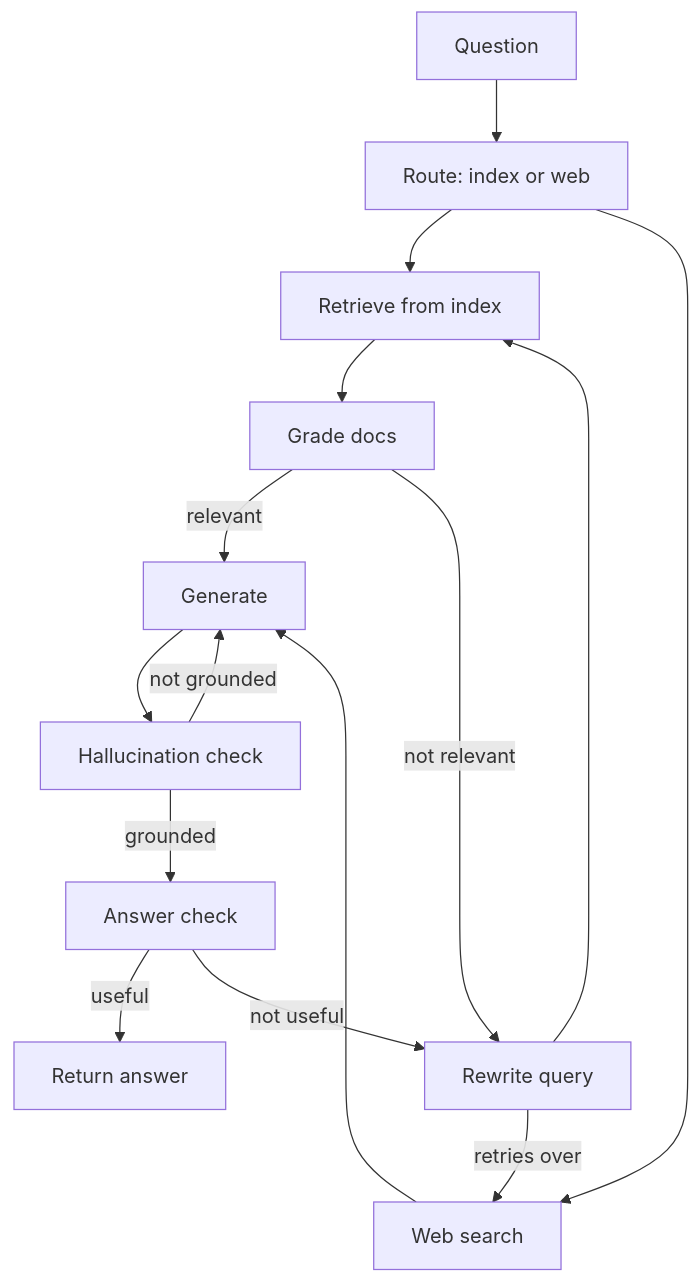
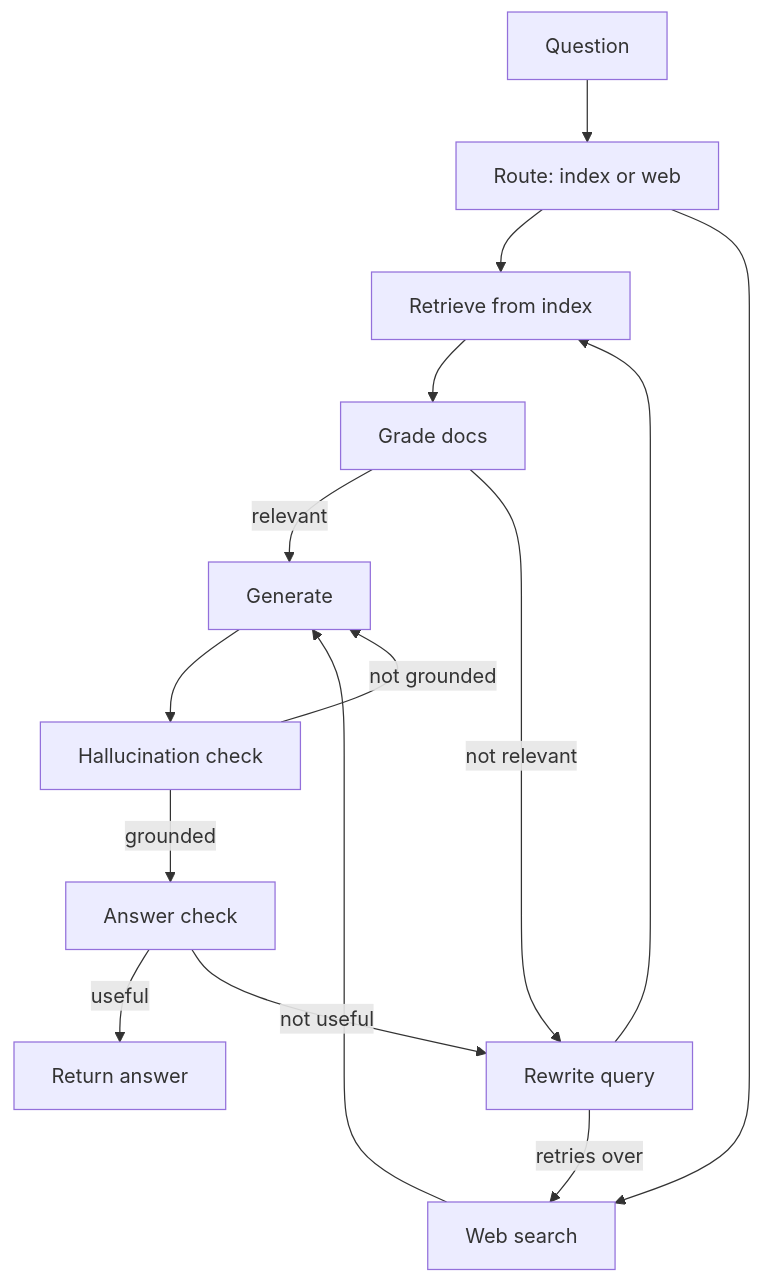
Before and after one commit to flow6979/viewinter: the fifth of 11 diagrams in content-en/11-agentic/06-agentic-data-rag.md, drawn with Mermaid. The commit also changed other lines of this file and 26 other files, not shown here.

First line of the commit message:
Agentic AI: rewrite all 13 pages to explain from scratch; animate diagrams on every article

````diff
--- a/content-en/11-agentic/06-agentic-data-rag.md
+++ b/content-en/11-agentic/06-agentic-data-rag.md
@@ -99,17 +284,17 @@
 ```mermaid
 flowchart TD
     Q["Question"] --> RT["Route: index or web"]
     RT --> R["Retrieve from index"]
-    RT --> WS["Web search"]
     R --> G["Grade docs"]
     G -- "relevant" --> GEN["Generate"]
+    GEN --> H["Hallucination check"]
+    H -- "grounded" --> A["Answer check"]
+    A -- "useful" --> OUT["Return answer"]
+    RT --> WS["Web search"]
     G -- "not relevant" --> RW["Rewrite query"]
-    RW --> R
     RW -- "retries over" --> WS
     WS --> GEN
-    GEN --> H["Hallucination check"]
+    RW --> R
     H -- "not grounded" --> GEN
-    H -- "grounded" --> A["Answer check"]
-    A -- "useful" --> OUT["Return answer"]
     A -- "not useful" --> RW
 ```
````
